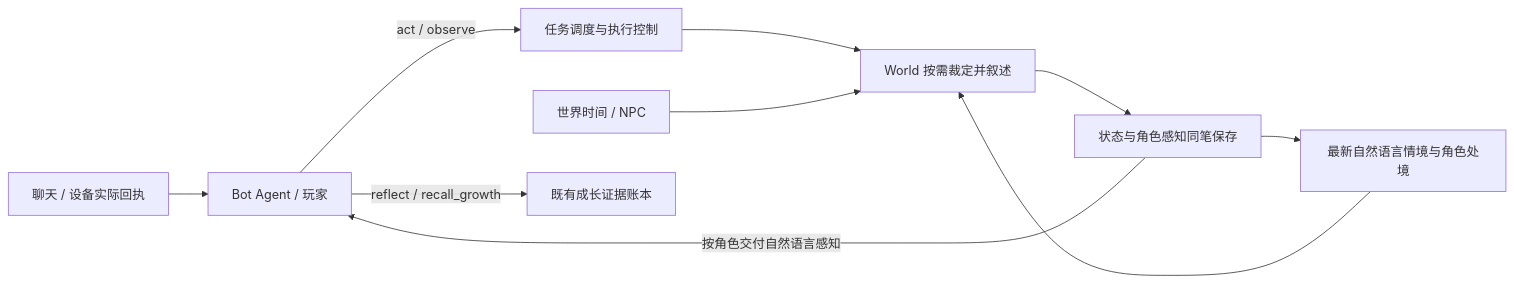
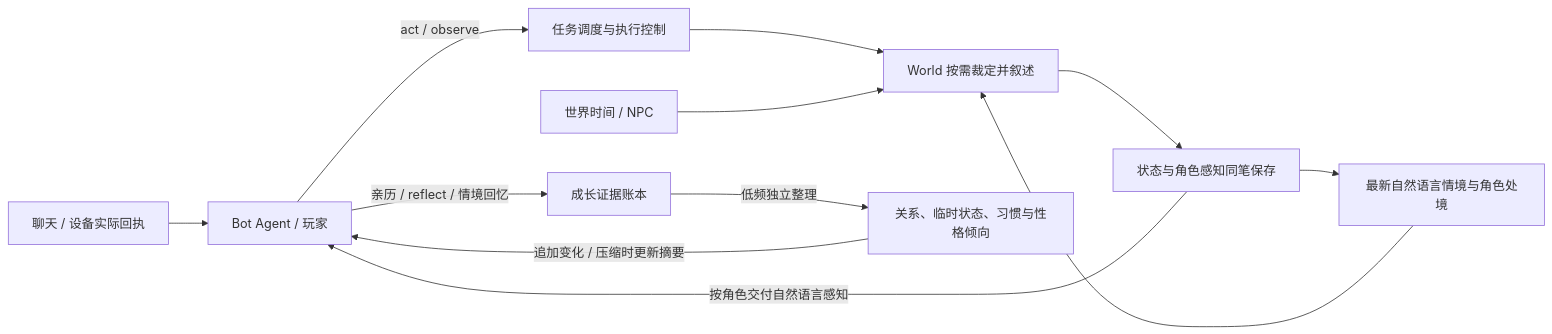
Before and after one commit to YesWeAreBot/YesImBotWorld: the first of 3 diagrams in README.md, drawn with Mermaid. The commit also changed other lines of this file and 37 other files, not shown here.

````diff
--- a/README.md
+++ b/README.md
@@ -22,12 +22,14 @@
 ```mermaid
 flowchart LR
   B[Bot Agent / 玩家] -->|act / observe| A[任务调度与执行控制]
   S[最新自然语言情境与角色处境] --> W[World 按需裁定并叙述]
   A --> W
   T[世界时间 / NPC] --> W
   W --> J[状态与角色感知同笔保存]
   J --> S
   J -->|按角色交付自然语言感知| B
-  B -->|reflect / recall_growth| G[既有成长证据账本]
+  B -->|亲历 / reflect / 情境回忆| G[成长证据账本]
+  G -->|低频独立整理| R[关系、临时状态、习惯与性格倾向]
+  R -->|追加变化 / 压缩时更新摘要| B
   P[聊天 / 设备实际回执] --> B
 ```
````
